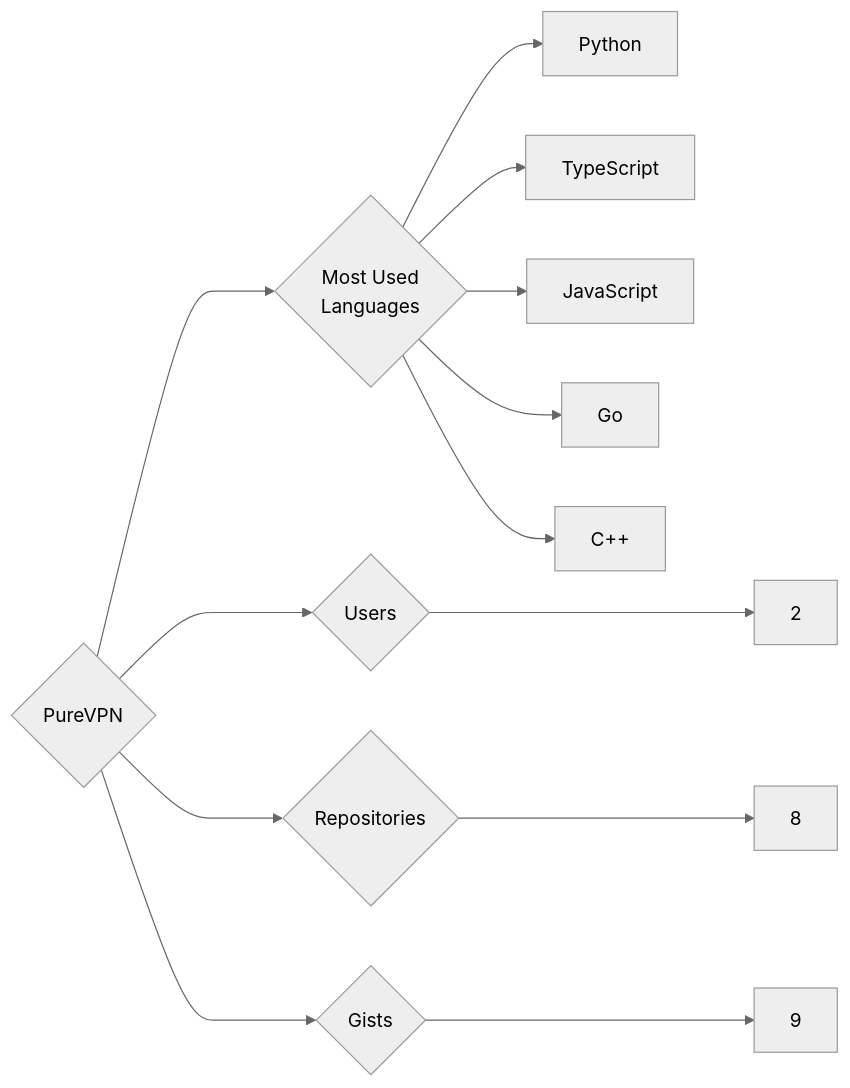
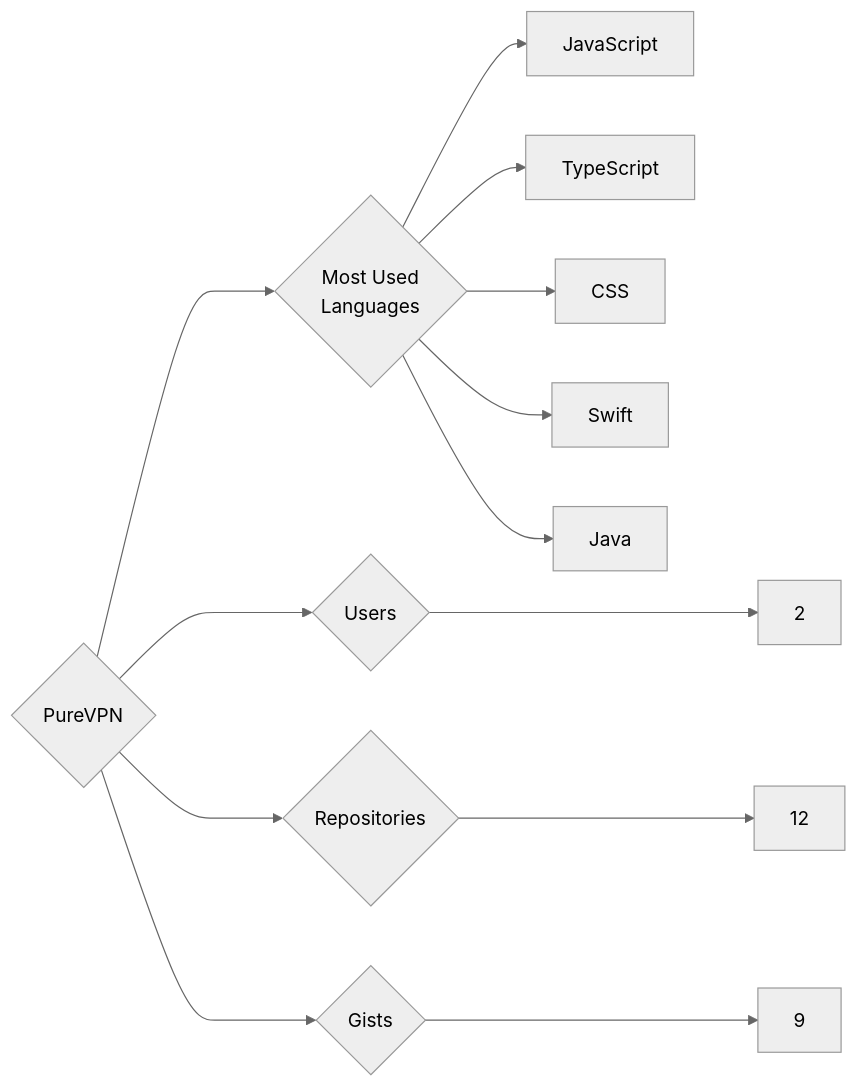
One commit to trickest/insiders changed the diagram in targets/PureVPN/README.md. Above: the diagram before and after it, drawn with Mermaid (neutral theme). The commit also changed 582 other files, not shown here.

````diff
--- a/targets/PureVPN/README.md
+++ b/targets/PureVPN/README.md
@@ -3,13 +3,13 @@
 ```mermaid
 graph LR
 COMPANY_NAME{PureVPN}
 COMPANY_NAME ---> U{Users} ---> UN[2]
-COMPANY_NAME ---> R{Repositories} ---> RN[8]
+COMPANY_NAME ---> R{Repositories} ---> RN[12]
 COMPANY_NAME ---> G{Gists} ---> GN[9]
 COMPANY_NAME ---> ML{Most Used<br>Languages}
-ML --> Python[Python]
+ML --> JavaScript[JavaScript]
 ML --> TypeScript[TypeScript]
-ML --> JavaScript[JavaScript]
-ML --> Go[Go]
-ML --> C++[C++]
+ML --> CSS[CSS]
+ML --> Swift[Swift]
+ML --> Java[Java]
 ```
````
